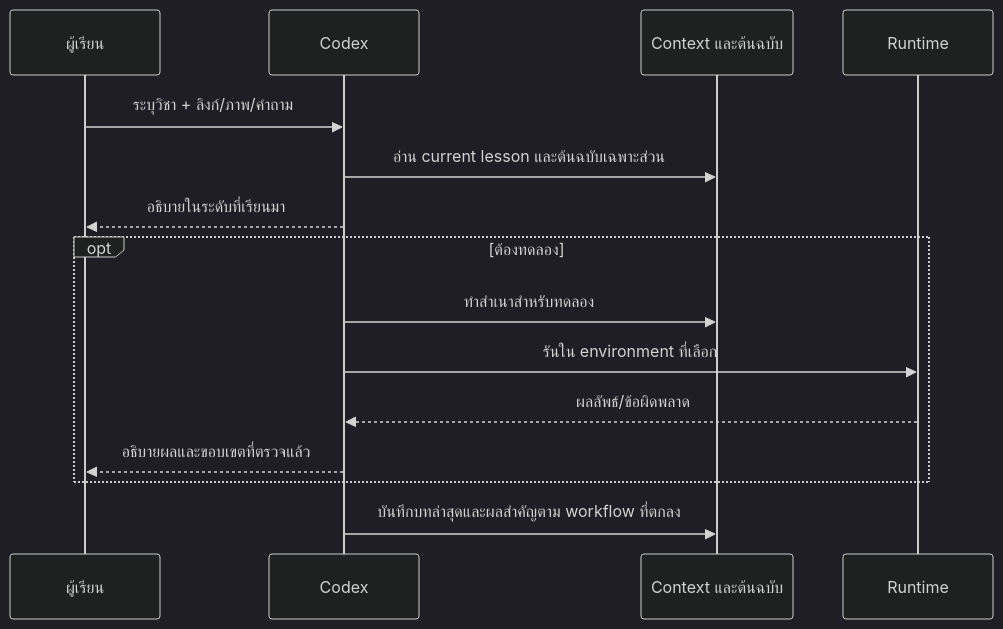
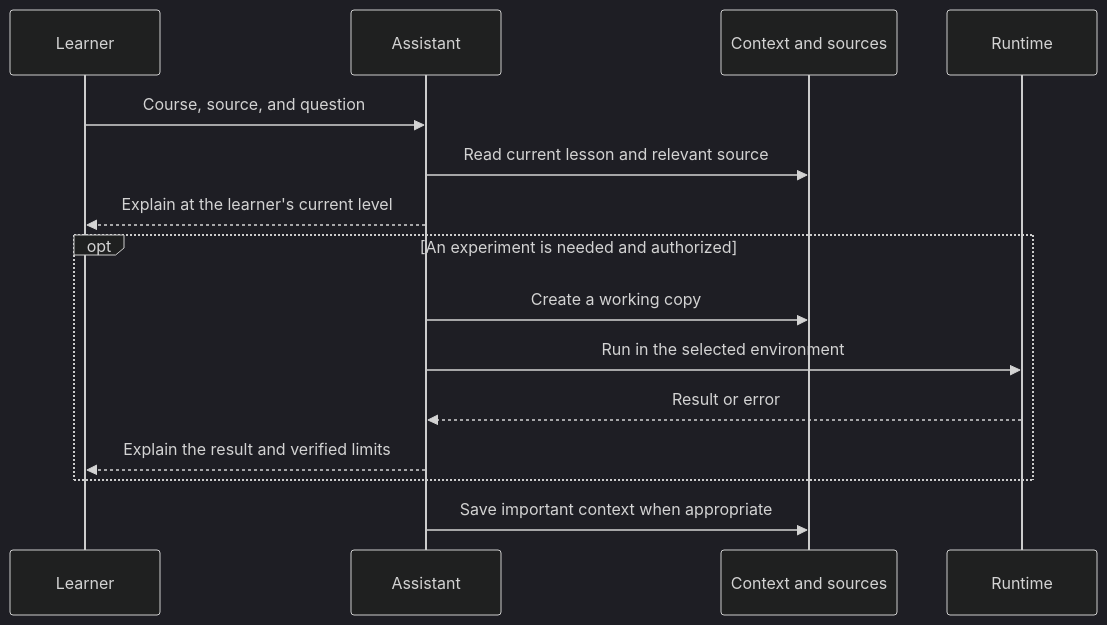
The first of 2 diagrams in docs/workflows.md (panithan1991/ai-assisted-workflow), drawn with Mermaid (dark theme) before and after one commit. The commit also changed other lines of this file and 23 other files, not shown here.

````diff
--- a/docs/workflows.md
+++ b/docs/workflows.md
@@ -7,17 +7,17 @@
-```mermaid
+~~~mermaid
 sequenceDiagram
-    participant U as ผู้เรียน
-    participant C as Codex
-    participant S as Context และต้นฉบับ
+    participant U as Learner
+    participant A as Assistant
+    participant S as Context and sources
     participant R as Runtime
-    U->>C: ระบุวิชา + ลิงก์/ภาพ/คำถาม
-    C->>S: อ่าน current lesson และต้นฉบับเฉพาะส่วน
-    C-->>U: อธิบายในระดับที่เรียนมา
-    opt ต้องทดลอง
-        C->>S: ทำสำเนาสำหรับทดลอง
-        C->>R: รันใน environment ที่เลือก
-        R-->>C: ผลลัพธ์/ข้อผิดพลาด
-        C-->>U: อธิบายผลและขอบเขตที่ตรวจแล้ว
+    U->>A: Course, source, and question
+    A->>S: Read current lesson and relevant source
+    A-->>U: Explain at the learner's current level
+    opt An experiment is needed and authorized
+        A->>S: Create a working copy
+        A->>R: Run in the selected environment
+        R-->>A: Result or error
+        A-->>U: Explain the result and verified limits
     end
-    C->>S: บันทึกบทล่าสุดและผลสำคัญตาม workflow ที่ตกลง
-```
+    A->>S: Save important context when appropriate
+~~~
````
